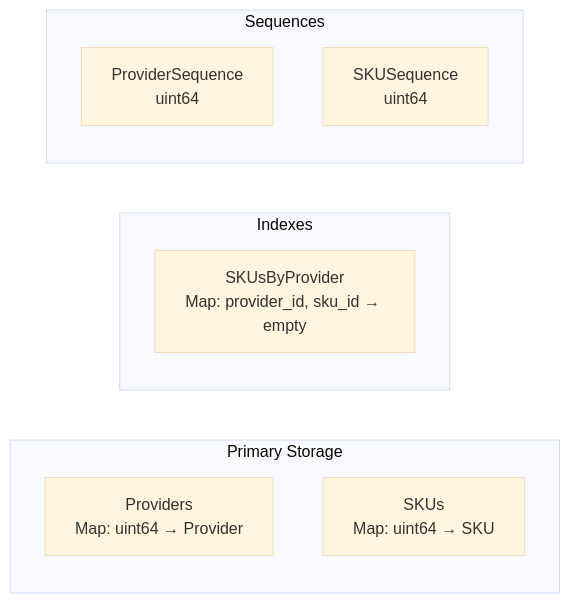
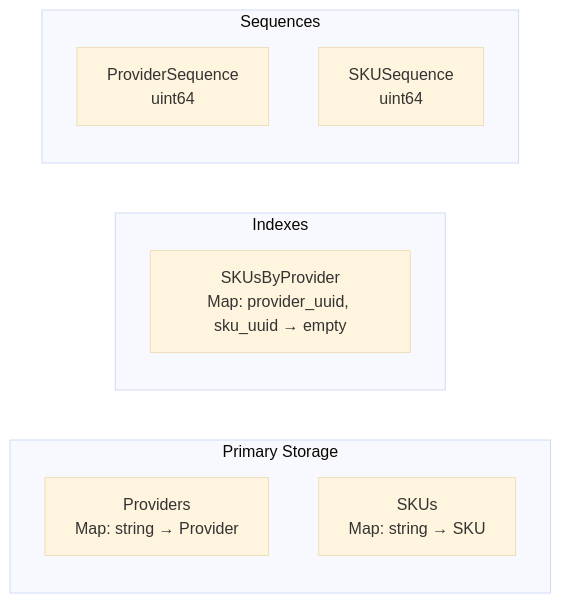
Before and after one commit to manifest-network/manifest-ledger: the third of 6 diagrams in x/sku/docs/ARCHITECTURE.md, drawn with Mermaid (base theme). The commit also changed other lines of this file and 26 other files, not shown here.

````diff
--- a/x/sku/docs/ARCHITECTURE.md
+++ b/x/sku/docs/ARCHITECTURE.md
@@ -104,16 +106,16 @@
 ```mermaid
 graph LR
     subgraph "Primary Storage"
-        Providers[Providers<br/>Map: uint64 → Provider]
-        SKUs[SKUs<br/>Map: uint64 → SKU]
+        Providers[Providers<br/>Map: string → Provider]
+        SKUs[SKUs<br/>Map: string → SKU]
     end
     
     subgraph "Indexes"
-        ProviderIdx[SKUsByProvider<br/>Map: provider_id, sku_id → empty]
+        ProviderIdx[SKUsByProvider<br/>Map: provider_uuid, sku_uuid → empty]
     end
     
     subgraph "Sequences"
         ProviderSeq[ProviderSequence<br/>uint64]
         SKUSeq[SKUSequence<br/>uint64]
     end
 ```
````
